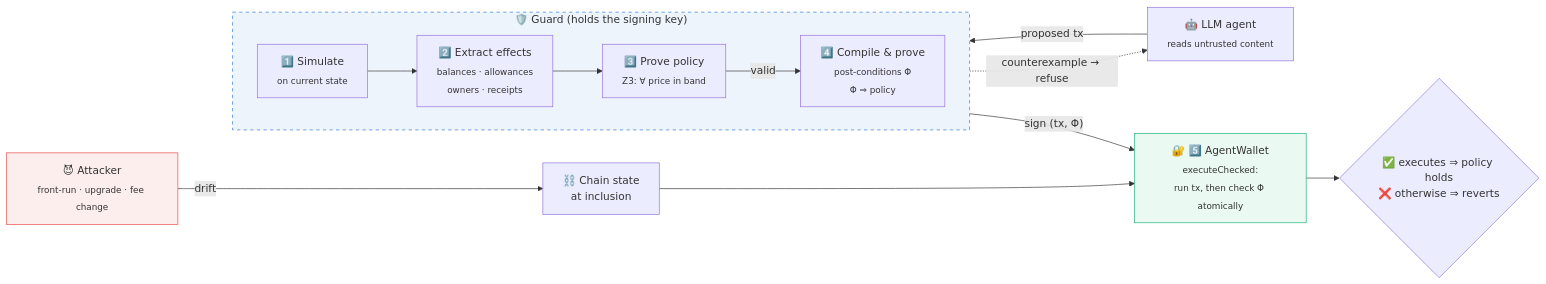
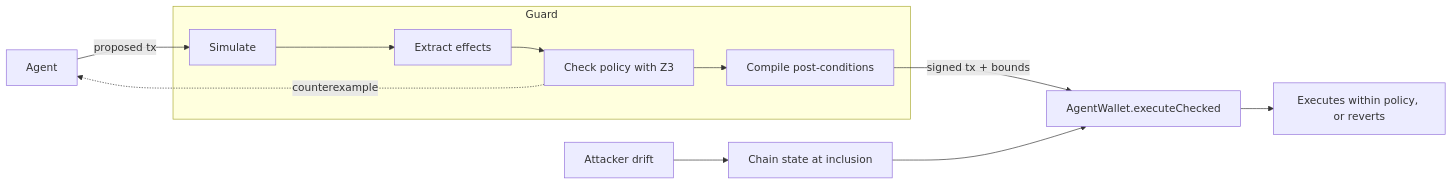
One commit to LoopGlitch26/Proof-Gated-Signing changed the diagram in README.md. Above: the diagram before and after it, drawn with Mermaid. The commit also changed other lines of this file, not shown here.

````diff
--- a/README.md
+++ b/README.md
@@ -52,21 +23,11 @@
 ```mermaid
 flowchart LR
-    A["🤖 LLM agent<br/><sub>reads untrusted content</sub>"] -->|proposed tx| S
-
-    subgraph G["🛡️ Guard (holds the signing key)"]
-        direction LR
-        S["1️⃣ Simulate<br/><sub>on current state</sub>"] --> E["2️⃣ Extract effects<br/><sub>balances · allowances<br/>owners · receipts</sub>"]
-        E --> P["3️⃣ Prove policy<br/><sub>Z3: ∀ price in band</sub>"]
-        P -->|valid| C["4️⃣ Compile & prove<br/><sub>post-conditions Φ<br/>Φ ⇒ policy</sub>"]
+    A[Agent] -->|proposed tx| S[Simulate]
+    subgraph Guard
+        S --> E[Extract effects] --> P[Check policy with Z3] --> C[Compile post-conditions]
     end
-
-    P -. counterexample → refuse .-> A
-    C -->|"sign (tx, Φ)"| W["🔐 5️⃣ AgentWallet<br/><sub>executeChecked:<br/>run tx, then check Φ atomically</sub>"]
-    X["😈 Attacker<br/><sub>front-run · upgrade · fee change</sub>"] -->|drift| CH["⛓️ Chain state<br/>at inclusion"]
-    CH --> W
-    W --> O{"✅ executes ⇒ policy holds<br/>❌ otherwise ⇒ reverts"}
-
-    style G fill:#eef4fc,stroke:#2a78d6,stroke-dasharray: 5 5
-    style W fill:#eafaf2,stroke:#1baf7a
-    style X fill:#fdeeee,stroke:#e34948
+    P -. counterexample .-> A
+    C -->|signed tx + bounds| W[AgentWallet.executeChecked]
+    D[Attacker drift] --> CH[Chain state at inclusion] --> W
+    W --> R[Executes within policy, or reverts]
 ```
````
